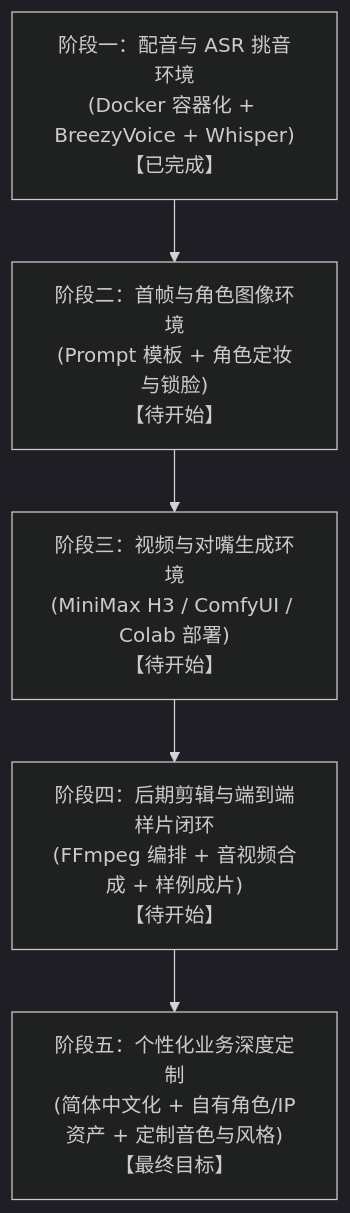
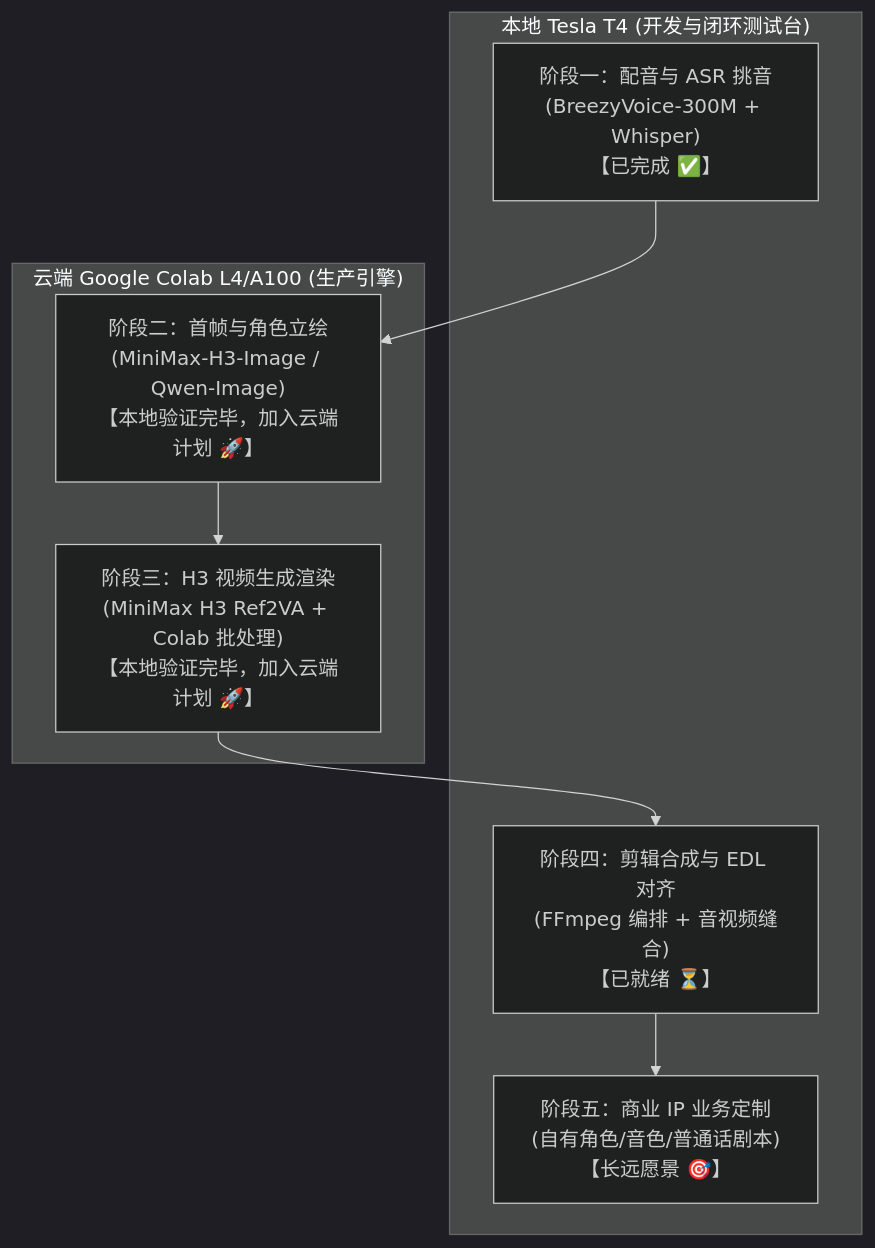
The diagram in docs/development/roadmap.md (uljjmhn520/lopy-workflow-colab), drawn with Mermaid (dark theme) before and after one commit. The commit also changed other lines of this file and 206 other files, not shown here.

Commit message:
feat(plan,colab,runtime): 🚀 integrate Colab pipeline, MiniMax-H3-Image roadmap, runtime sandbox, and simplified Chinese conversion

````diff
--- a/docs/development/roadmap.md
+++ b/docs/development/roadmap.md
@@ -24,7 +24,18 @@
 ```mermaid
 flowchart TD
-    S1["阶段一：配音与 ASR 挑音环境<br>(Docker 容器化 + BreezyVoice + Whisper)<br>【已完成】"] --> S2["阶段二：首帧与角色图像环境<br>(Prompt 模板 + 角色定妆与锁脸)<br>【待开始】"]
-    S2 --> S3["阶段三：视频与对嘴生成环境<br>(MiniMax H3 / ComfyUI / Colab 部署)<br>【待开始】"]
-    S3 --> S4["阶段四：后期剪辑与端到端样片闭环<br>(FFmpeg 编排 + 音视频合成 + 样例成片)<br>【待开始】"]
-    S4 --> S5["阶段五：个性化业务深度定制<br>(简体中文化 + 自有角色/IP资产 + 定制音色与风格)<br>【最终目标】"]
+    subgraph Local_T4 ["本地 Tesla T4 (开发与闭环测试台)"]
+        S1["阶段一：配音与 ASR 挑音<br>(BreezyVoice-300M + Whisper)<br>【已完成 ✅】"]
+        S4["阶段四：剪辑合成与 EDL 对齐<br>(FFmpeg 编排 + 音视频缝合)<br>【已就绪 ⏳】"]
+        S5["阶段五：商业 IP 业务定制<br>(自有角色/音色/普通话剧本)<br>【长远愿景 🎯】"]
+    end
+
+    subgraph Colab_Cloud ["云端 Google Colab L4/A100 (生产引擎)"]
+        S2["阶段二：首帧与角色立绘<br>(MiniMax-H3-Image / Qwen-Image)<br>【本地验证完毕，加入云端计划 🚀】"]
+        S3["阶段三：H3 视频生成渲染<br>(MiniMax H3 Ref2VA + Colab 批处理)<br>【本地验证完毕，加入云端计划 🚀】"]
+    end
+
+    S1 --> S2
+    S2 --> S3
+    S3 --> S4
+    S4 --> S5
 ```
````
